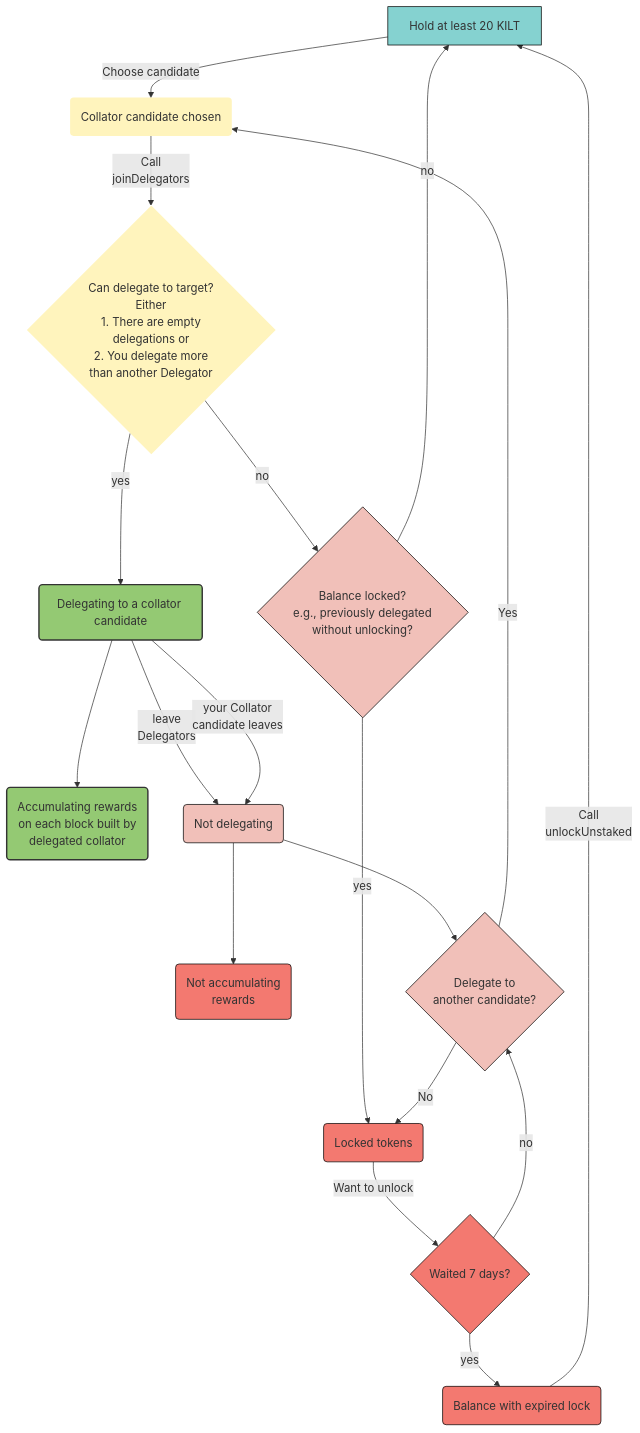
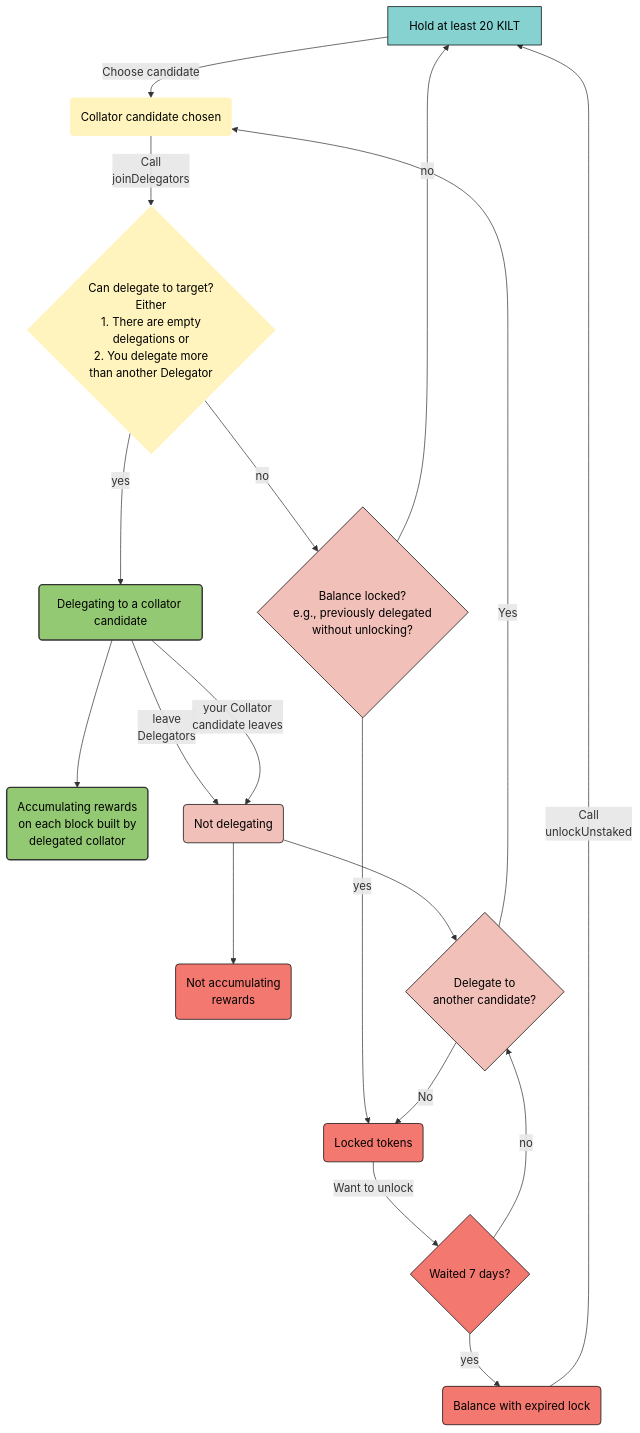
The diagram in docs/participate/01_staking/03_delegate/05_delegator_lifecycle.md (KILTprotocol/docs), drawn with Mermaid before and after one commit. The commit also changed other lines of this file and 8 other files, not shown here.

First line of the commit message:
update docusaurus & remove mermaid (#185)

````diff
--- a/docs/participate/01_staking/03_delegate/05_delegator_lifecycle.md
+++ b/docs/participate/01_staking/03_delegate/05_delegator_lifecycle.md
@@ -12,41 +12,41 @@
 ```mermaid
 flowchart TD
    A["Hold at least 20 KILT"] --> |Choose candidate| B("Collator candidate chosen");
    B --> |"Call \n joinDelegators"| C{"Can delegate to target? \n Either \n 1. There are empty \n delegations or \n 2. You delegate more \n than another Delegator"};
    C --> |yes| D("Delegating to a collator candidate")
    C --> |no| C2{"Balance locked?\n e.g., previously delegated \n without unlocking?"}
    C2 --> |no| A
    C2 --> |yes| G
-   D --> D2("Accumulating rewards \non each block built by \n delegated collator") 
+   D --> D2("Accumulating rewards \non each block built by \n delegated collator")
    D --> |"leave \n Delegators"| E("Not delegating")
    D --> |"your Collator \n candidate leaves"| E
-   E --> E2("Not accumulating \n rewards") 
+   E --> E2("Not accumulating \n rewards")
    E --> F{"Delegate to \n another candidate?"}
    F --> |Yes| B
    F --> |No| G("Locked tokens")
    G --> |Want to unlock| H{"Waited 7 days?"}
    H --> |yes| I("Balance with expired lock")
    H --> |no| F
    I --> |"Call \n unlockUnstaked"| A
 
     %% Styles
     A:::unstakedFreeKilt
     B:::preDelegationCheck
     C:::preDelegationCheck
     C2:::notDelegating
     D:::activelyDelegating
     D2:::activelyDelegating
     E:::notDelegating
     E2:::preUnlockStaked
     F:::notDelegating
     G:::preUnlockStaked
     H:::preUnlockStaked
     I:::preUnlockStaked
-    
+
     %% StyleDef
-    classDef preDelegationCheck fill:#FFF4BD,stroke:none;
-    classDef notDelegating fill:#F1C0B9, stroke:black, stroke-width:1px;;
-    classDef unstakedFreeKilt fill:#85D2D0,stroke:black, stroke-width:1px;
-    classDef activelyDelegating fill:#94C973,stroke:#333, stroke-width:2px;
-    classDef preUnlockStaked fill:#F37970, stroke:black;
+    classDef preDelegationCheck fill:#FFF4BD, color:black, stroke:none;
+    classDef notDelegating fill:#F1C0B9, color:black, stroke:black, stroke-width:1px;;
+    classDef unstakedFreeKilt fill:#85D2D0, color:black, stroke:black, stroke-width:1px;
+    classDef activelyDelegating fill:#94C973, color:black, stroke:#333, stroke-width:2px;
+    classDef preUnlockStaked fill:#F37970, color:black, stroke:black;
 ```
````
